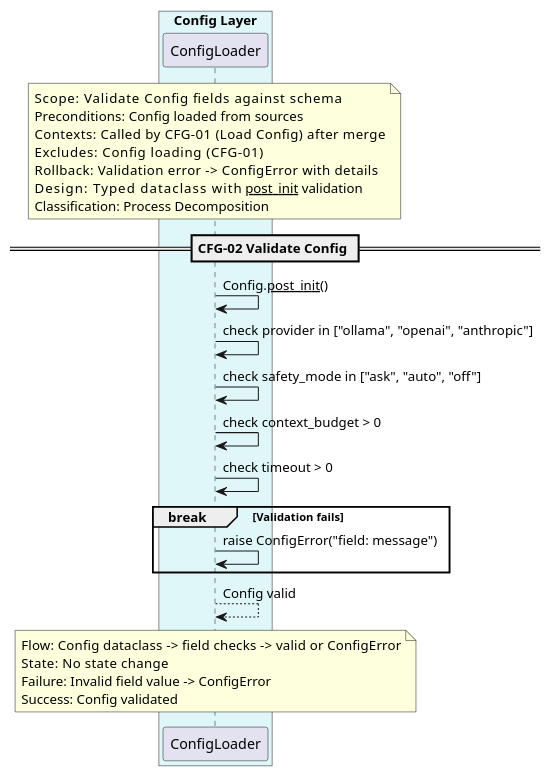
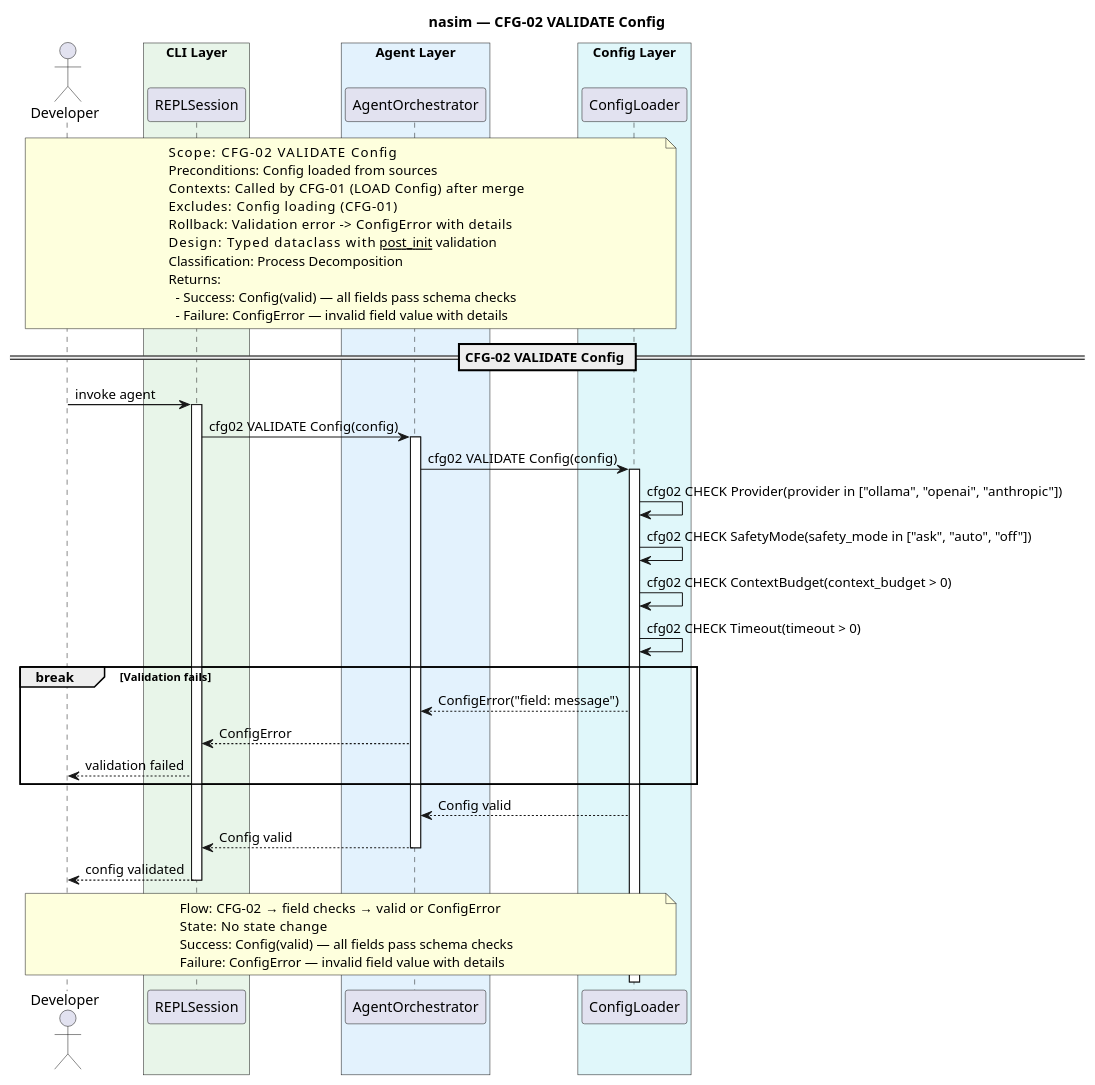
The diagram in docs/SQ/CFG/sq_cfg02_validate_config.puml (salimnamvar/nasim), drawn with PlantUML before and after one commit. The commit also changed 148 other files, not shown here.

```diff
--- a/docs/SQ/CFG/sq_cfg02_validate_config.puml
+++ b/docs/SQ/CFG/sq_cfg02_validate_config.puml
@@ -1,47 +1,71 @@
 @startuml sq_cfg02_validate_config
 ' ============================================================
-' Title:     CFG-02 — Validate Config
+' Title:     CFG-02 — VALIDATE Config
 ' Boundary:  nasim code agent CLI
 ' Purpose:   Config field validation
 ' Milestone: v1.0
-' Version:   2.0.0
+' Version:   3.0.0
 ' Source:    docs/UC/README.md
-' Review:    —
+' Review:    docs/SQ/README.md
 ' ============================================================
 
+title nasim — CFG-02 VALIDATE Config
+
+actor "Developer" as user
+
+box "CLI Layer" #E8F5E9
+  participant "REPLSession" as repl
+end box
+box "Agent Layer" #E3F2FD
+  participant "AgentOrchestrator" as agent
+end box
 box "Config Layer" #E0F7FA
   participant "ConfigLoader" as cfg
 end box
 
-note over cfg
-  Scope:          Validate Config fields against schema
+note over user, cfg
+  Scope:          CFG-02 VALIDATE Config
   Preconditions:  Config loaded from sources
-  Contexts:       Called by CFG-01 (Load Config) after merge
+  Contexts:       Called by CFG-01 (LOAD Config) after merge
   Excludes:       Config loading (CFG-01)
   Rollback:       Validation error -> ConfigError with details
   Design:         Typed dataclass with __post_init__ validation
   Classification: Process Decomposition
+  Returns:
+    - Success: Config(valid) — all fields pass schema checks
+    - Failure: ConfigError — invalid field value with details
 end note
 
-== CFG-02 Validate Config ==
+== CFG-02 VALIDATE Config ==
 
-cfg -> cfg : Config.__post_init__()
-cfg -> cfg : check provider in ["ollama", "openai", "anthropic"]
-cfg -> cfg : check safety_mode in ["ask", "auto", "off"]
-cfg -> cfg : check context_budget > 0
-cfg -> cfg : check timeout > 0
+user -> repl : invoke agent
+activate repl
+repl -> agent : cfg02 VALIDATE Config(config)
+activate agent
+agent -> cfg : cfg02 VALIDATE Config(config)
+activate cfg
+cfg -> cfg : cfg02 CHECK Provider(provider in ["ollama", "openai", "anthropic"])
+cfg -> cfg : cfg02 CHECK SafetyMode(safety_mode in ["ask", "auto", "off"])
+cfg -> cfg : cfg02 CHECK ContextBudget(context_budget > 0)
+cfg -> cfg : cfg02 CHECK Timeout(timeout > 0)
 
 break Validation fails
-    cfg -> cfg : raise ConfigError("field: message")
+    cfg --> agent : ConfigError("field: message")
+    agent --> repl : ConfigError
+    repl --> user : validation failed
 end
 
-cfg --> cfg : Config valid
+cfg --> agent : Config valid
+agent --> repl : Config valid
+deactivate agent
+repl --> user : config validated
+deactivate repl
 
-note over cfg
-  Flow:    Config dataclass -> field checks -> valid or ConfigError
+note over user, cfg
+  Flow:    CFG-02 → field checks → valid or ConfigError
   State:   No state change
-  Failure: Invalid field value -> ConfigError
-  Success: Config validated
+  Success: Config(valid) — all fields pass schema checks
+  Failure: ConfigError — invalid field value with details
 end note
 
 @enduml
```
